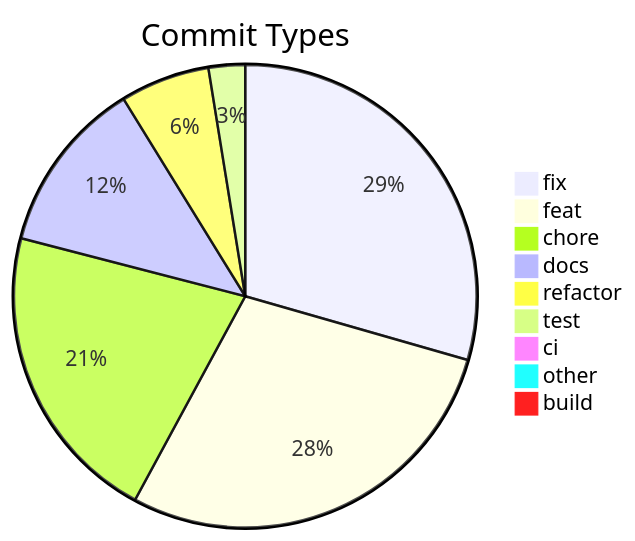
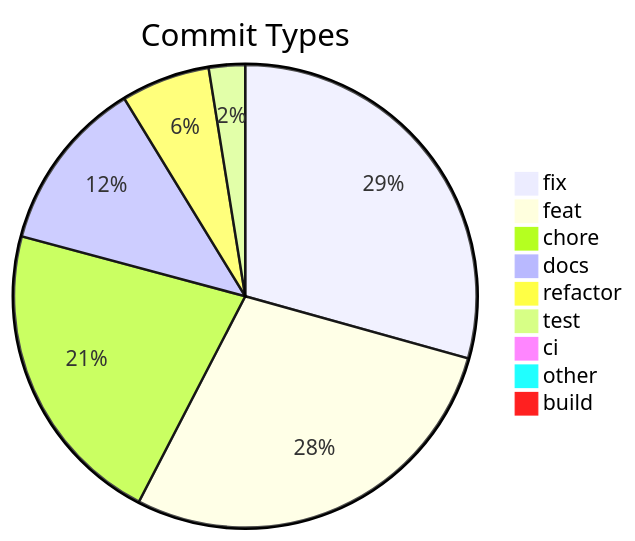
The diagram in .shipwright/compliance/change-history.md (svenroth-ai/shipwright), drawn with Mermaid before and after one commit. The commit also changed other lines of this file and 8 other files, not shown here.

````diff
--- a/.shipwright/compliance/change-history.md
+++ b/.shipwright/compliance/change-history.md
@@ -10,12 +10,12 @@
 ```mermaid
 pie title Commit Types
-    "fix" : 358
+    "fix" : 359
     "feat" : 346
-    "chore" : 257
+    "chore" : 264
     "docs" : 148
     "refactor" : 76
     "test" : 31
     "ci" : 11
     "other" : 9
     "build" : 1
 ```
````
